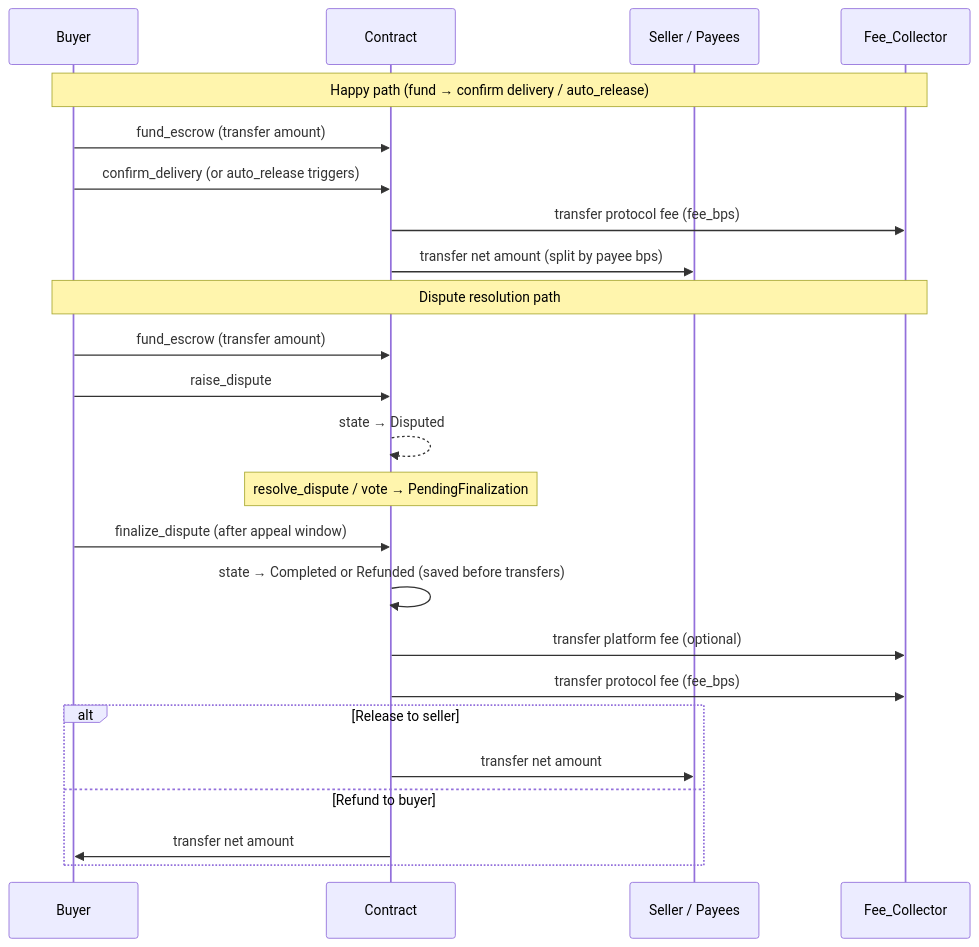
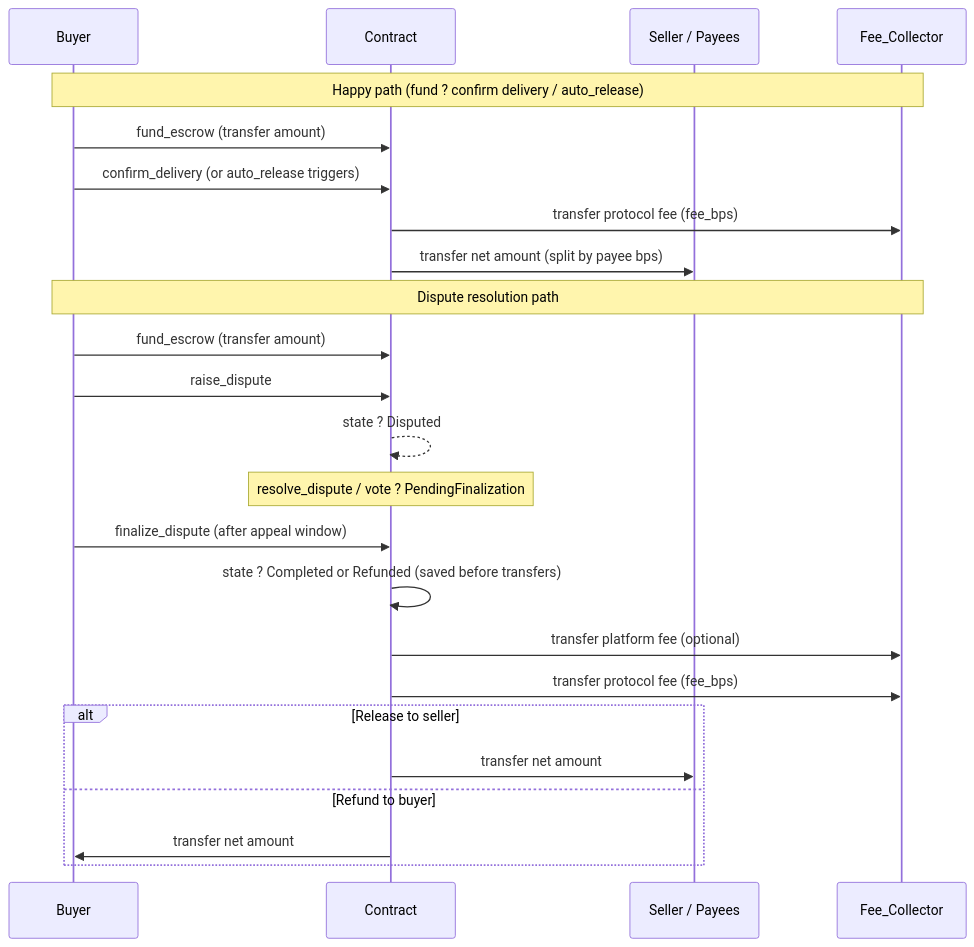
Before and after one commit to JSE-ORG/trust-link-contract: the second of 2 diagrams in README.md, drawn with Mermaid. The commit also changed other lines of this file and 1 other file, not shown here.

````diff
--- a/README.md
+++ b/README.md
@@ -610,28 +611,28 @@
 ```mermaid
 sequenceDiagram
     participant Buyer
     participant Contract
     participant Seller_Payees as Seller / Payees
     participant Fee_Collector
 
-    Note over Buyer,Fee_Collector: Happy path (fund → confirm delivery / auto_release)
+    Note over Buyer,Fee_Collector: Happy path (fund ? confirm delivery / auto_release)
     Buyer->>Contract: fund_escrow (transfer amount)
     Buyer->>Contract: confirm_delivery (or auto_release triggers)
     Contract->>Fee_Collector: transfer protocol fee (fee_bps)
     Contract->>Seller_Payees: transfer net amount (split by payee bps)
 
     Note over Buyer,Fee_Collector: Dispute resolution path
     Buyer->>Contract: fund_escrow (transfer amount)
     Buyer->>Contract: raise_dispute
-    Contract-->>Contract: state → Disputed
-    Note over Contract: resolve_dispute / vote → PendingFinalization
+    Contract-->>Contract: state ? Disputed
+    Note over Contract: resolve_dispute / vote ? PendingFinalization
     Buyer->>Contract: finalize_dispute (after appeal window)
-    Contract->>Contract: state → Completed or Refunded (saved before transfers)
+    Contract->>Contract: state ? Completed or Refunded (saved before transfers)
     Contract->>Fee_Collector: transfer platform fee (optional)
     Contract->>Fee_Collector: transfer protocol fee (fee_bps)
     alt Release to seller
         Contract->>Seller_Payees: transfer net amount
     else Refund to buyer
         Contract->>Buyer: transfer net amount
     end
 ```
````
